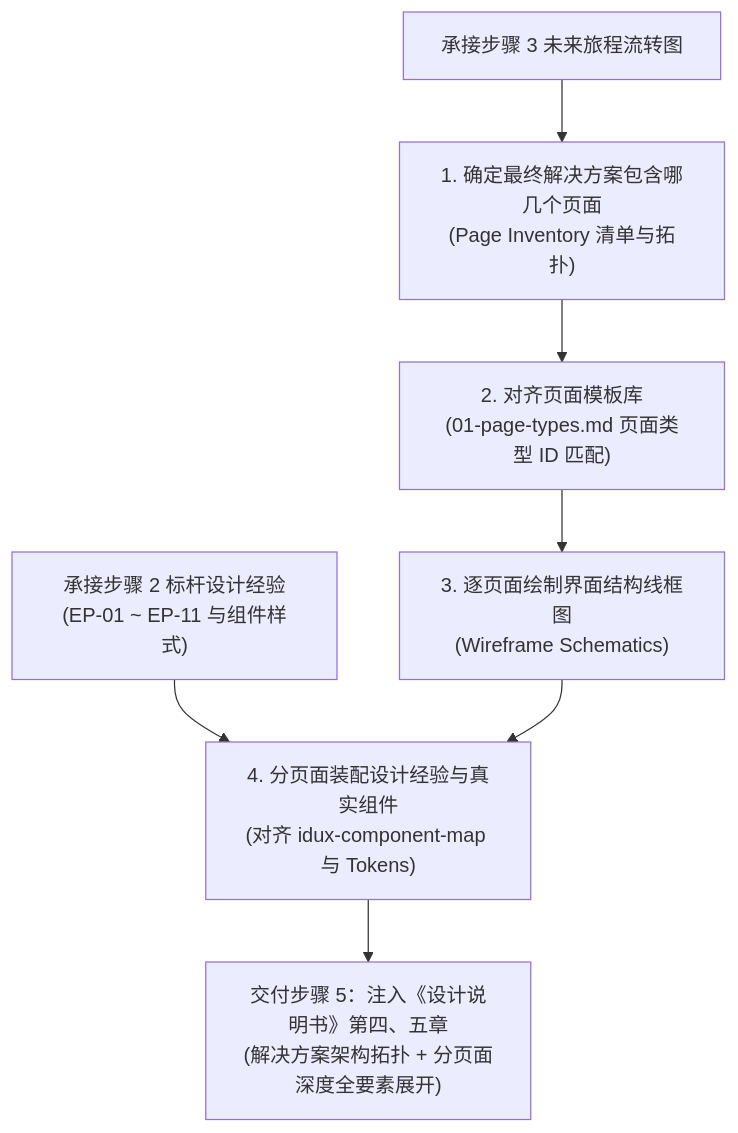
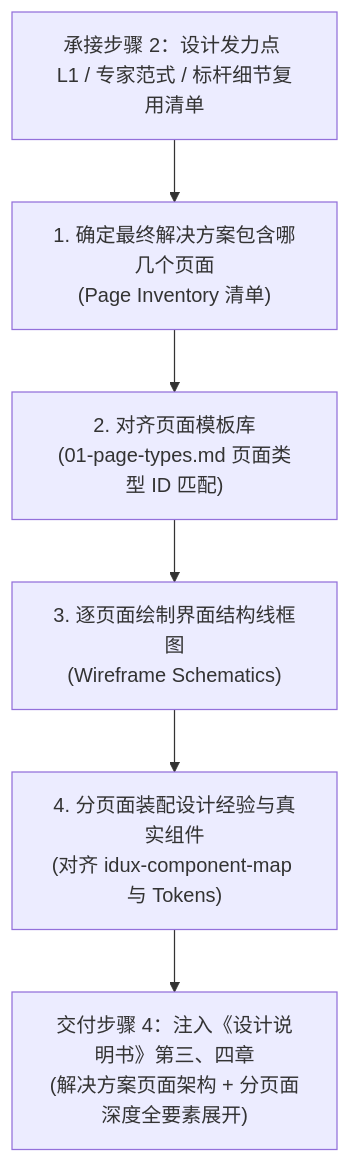
One commit to wangjue2026/skill-designer-prism changed the diagram in 01-system-solution-design/④布局与结构/4.1-业务页面框架选型指引.md. Above: the diagram before and after it, drawn with Mermaid. The commit also changed other lines of this file and 24 other files, not shown here.

````diff
--- a/01-system-solution-design/④布局与结构/4.1-业务页面框架选型指引.md
+++ b/01-system-solution-design/④布局与结构/4.1-业务页面框架选型指引.md
@@ -15,11 +15,9 @@
 ```mermaid
 graph TD
-    Step3["承接步骤 3 未来旅程流转图"] --> S4_1["1. 确定最终解决方案包含哪几个页面<br>(Page Inventory 清单与拓扑)"]
+    Step2["承接步骤 2：设计发力点 L1 / 专家范式 / 标杆细节复用清单"] --> S4_1["1. 确定最终解决方案包含哪几个页面<br>(Page Inventory 清单)"]
     S4_1 --> S4_2["2. 对齐页面模板库<br>(01-page-types.md 页面类型 ID 匹配)"]
     S4_2 --> S4_3["3. 逐页面绘制界面结构线框图<br>(Wireframe Schematics)"]
+    S4_3 --> S4_4["4. 分页面装配设计经验与真实组件<br>(对齐 idux-component-map 与 Tokens)"]
     
-    Step2["承接步骤 2 标杆设计经验<br>(EP-01 ~ EP-11 与组件样式)"] --> S4_4["4. 分页面装配设计经验与真实组件<br>(对齐 idux-component-map 与 Tokens)"]
-    S4_3 --> S4_4
-    
-    S4_4 --> Deliverable["交付步骤 5：注入《设计说明书》第四、五章<br>(解决方案架构拓扑 + 分页面深度全要素展开)"]
+    S4_4 --> Deliverable["交付步骤 4：注入《设计说明书》第三、四章<br>(解决方案页面架构 + 分页面深度全要素展开)"]
 ```
````
